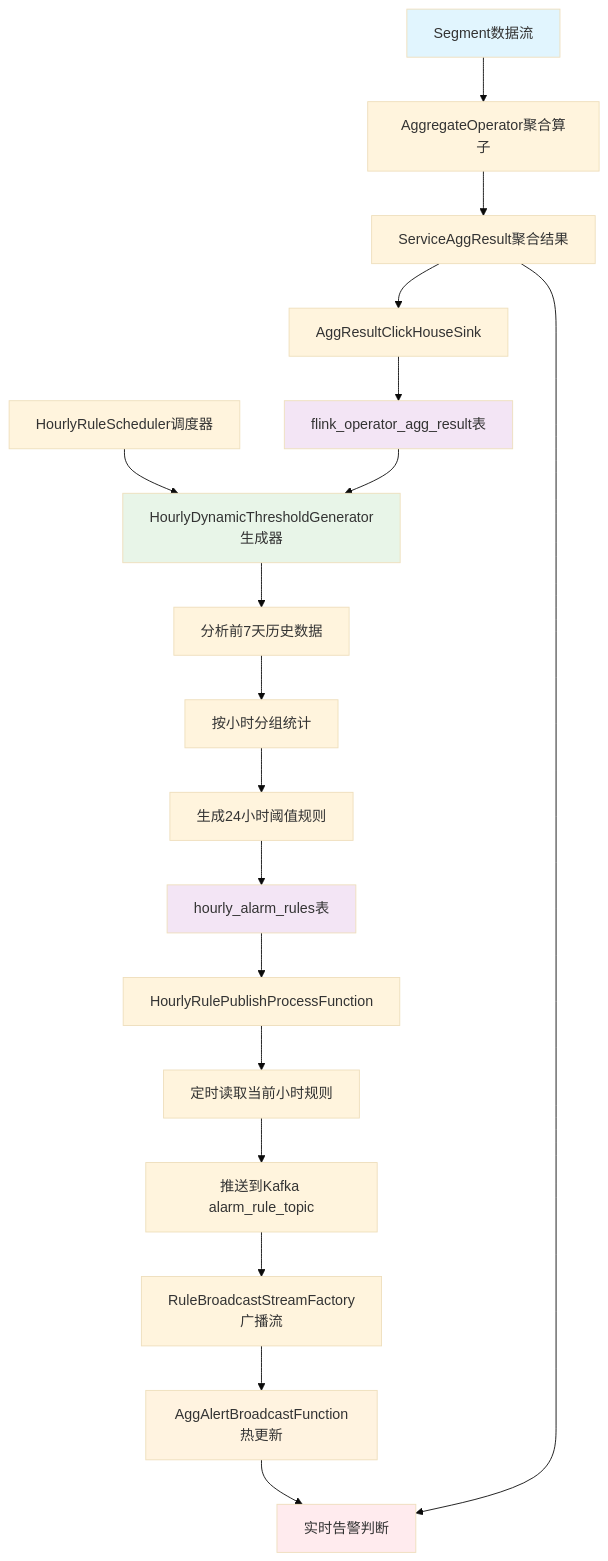
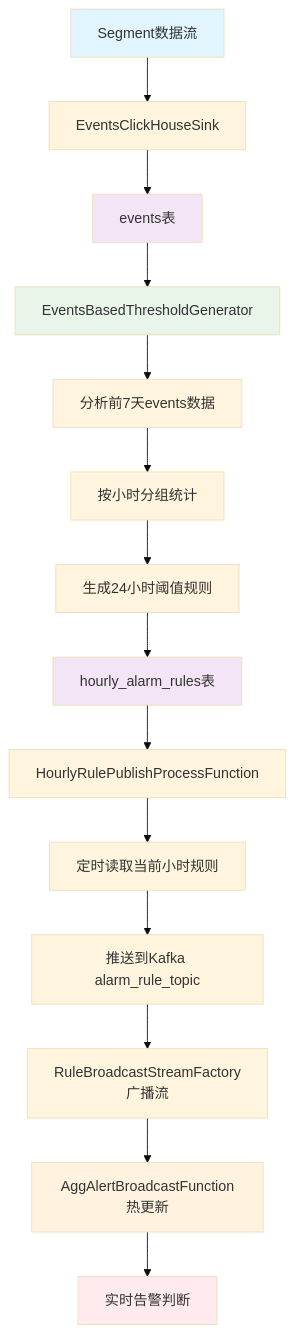
The diagram in docs/小时级动态阈值生成流程总结.md (hoteye/segment-clickhouse), drawn with Mermaid (base theme) before and after one commit. The commit also changed other lines of this file and 12 other files, not shown here.

````diff
--- a/docs/小时级动态阈值生成流程总结.md
+++ b/docs/小时级动态阈值生成流程总结.md
@@ -9,30 +9,26 @@
 ```mermaid
 graph TD
-    A[Segment数据流] --> B[AggregateOperator聚合算子]
-    B --> C[ServiceAggResult聚合结果]
-    C --> D[AggResultClickHouseSink]
-    D --> E[flink_operator_agg_result表]
+    A[Segment数据流] --> B[EventsClickHouseSink]
+    B --> C[events表]
     
-    F[HourlyRuleScheduler调度器] --> G[HourlyDynamicThresholdGenerator生成器]
-    G --> H[分析前7天历史数据]
-    H --> I[按小时分组统计]
-    I --> J[生成24小时阈值规则]
-    J --> K[hourly_alarm_rules表]
+    D[EventsBasedThresholdGenerator] --> E[分析前7天events数据]
+    E --> F[按小时分组统计]
+    F --> G[生成24小时阈值规则]
+    G --> H[hourly_alarm_rules表]
     
-    L[HourlyRulePublishProcessFunction] --> M[定时读取当前小时规则]
-    M --> N[推送到Kafka alarm_rule_topic]
-    N --> O[RuleBroadcastStreamFactory广播流]
-    O --> P[AggAlertBroadcastFunction热更新]
+    I[HourlyRulePublishProcessFunction] --> J[定时读取当前小时规则]
+    J --> K[推送到Kafka alarm_rule_topic]
+    K --> L[RuleBroadcastStreamFactory广播流]
+    L --> M[AggAlertBroadcastFunction热更新]
     
-    E --> G
-    K --> L
-    P --> Q[实时告警判断]
-    C --> Q
+    C --> D
+    H --> I
+    M --> N[实时告警判断]
     
     style A fill:#e1f5fe
-    style E fill:#f3e5f5
-    style K fill:#f3e5f5
-    style Q fill:#ffebee
-    style G fill:#e8f5e8
-    style P fill:#fff3e0
+    style C fill:#f3e5f5
+    style H fill:#f3e5f5
+    style N fill:#ffebee
+    style D fill:#e8f5e8
+    style M fill:#fff3e0
 ```
````
